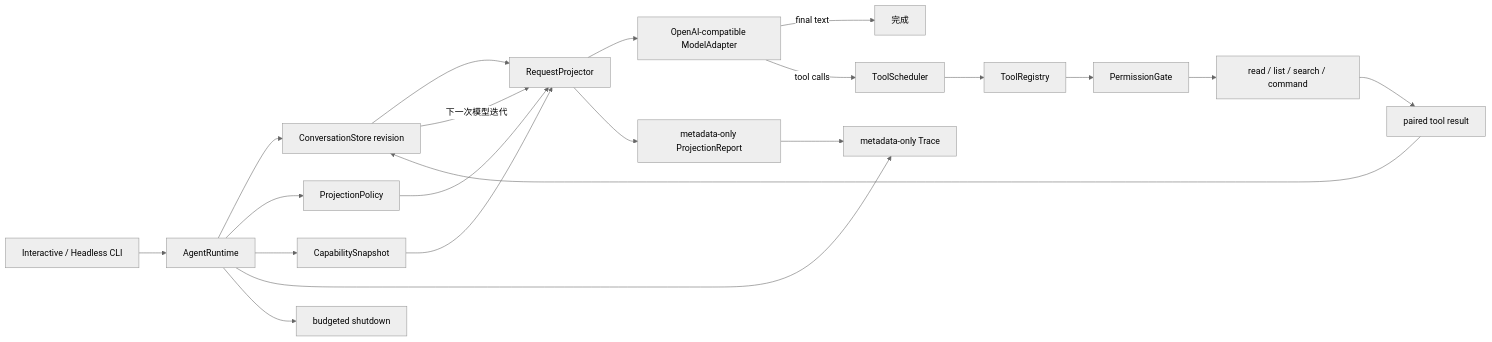
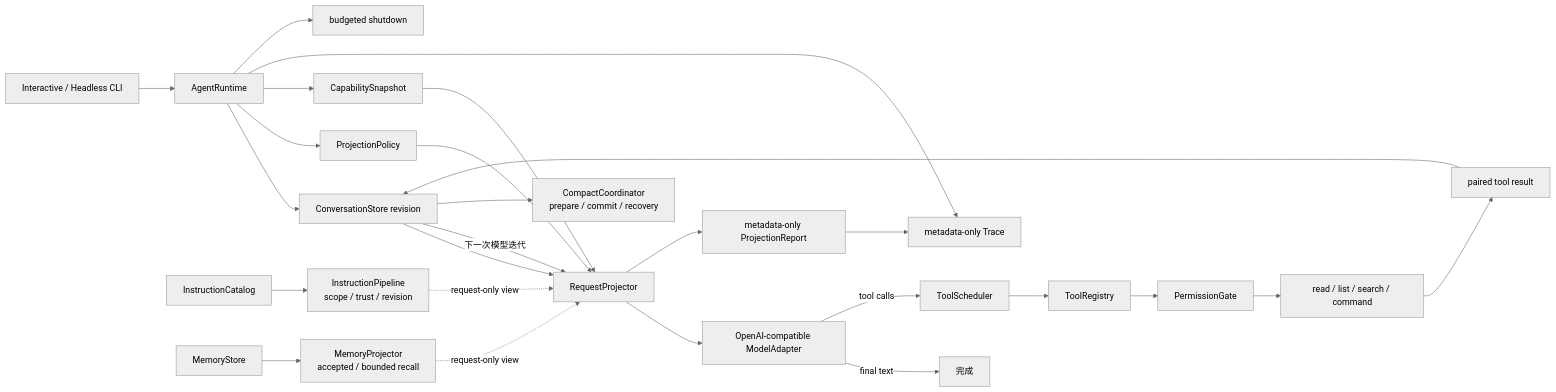
The diagram in mini-agent-harness/README.md (bai201928/claude-code-source-course), drawn with Mermaid (neutral theme) before and after one commit. The commit also changed other lines of this file and 150 other files, not shown here.

````diff
--- a/mini-agent-harness/README.md
+++ b/mini-agent-harness/README.md
@@ -9,23 +9,28 @@
 ```mermaid
 flowchart LR
   CLI["Interactive / Headless CLI"] --> AR["AgentRuntime"]
   AR --> CS["ConversationStore revision"]
   CS --> RP["RequestProjector"]
   AR --> POL["ProjectionPolicy"]
   POL --> RP
   AR --> CAP["CapabilitySnapshot"]
   CAP --> RP
   RP --> MODEL["OpenAI-compatible ModelAdapter"]
   MODEL -->|"final text"| DONE["完成"]
   MODEL -->|"tool calls"| SCHED["ToolScheduler"]
   SCHED --> REG["ToolRegistry"]
   REG --> PERM["PermissionGate"]
   PERM --> TOOL["read / list / search / command"]
   TOOL --> RESULT["paired tool result"]
   RESULT --> CS
   CS -->|"下一次模型迭代"| RP
+  CS --> COMPACT["CompactCoordinator\nprepare / commit / recovery"]
+  IC["InstructionCatalog"] --> IP["InstructionPipeline\nscope / trust / revision"]
+  MS["MemoryStore"] --> MP["MemoryProjector\naccepted / bounded recall"]
+  IP -. "request-only view" .-> RP
+  MP -. "request-only view" .-> RP
   AR --> TRACE["metadata-only Trace"]
   RP --> REPORT["metadata-only ProjectionReport"]
   REPORT --> TRACE
   AR --> LIFE["budgeted shutdown"]
 ```
````
